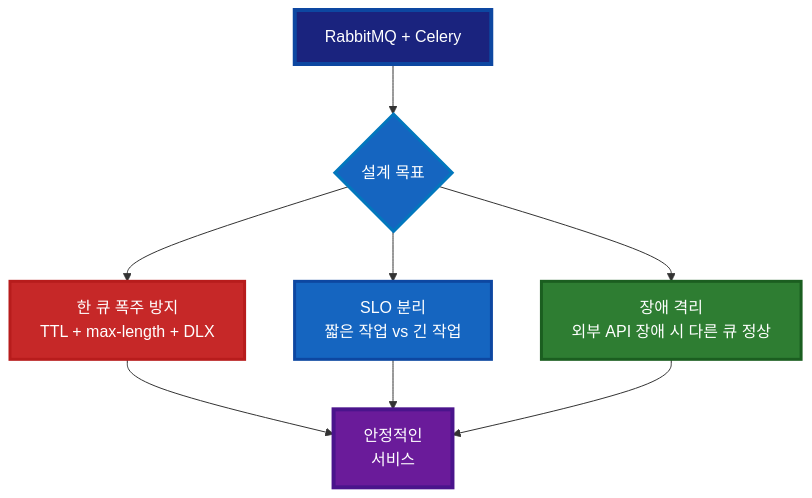
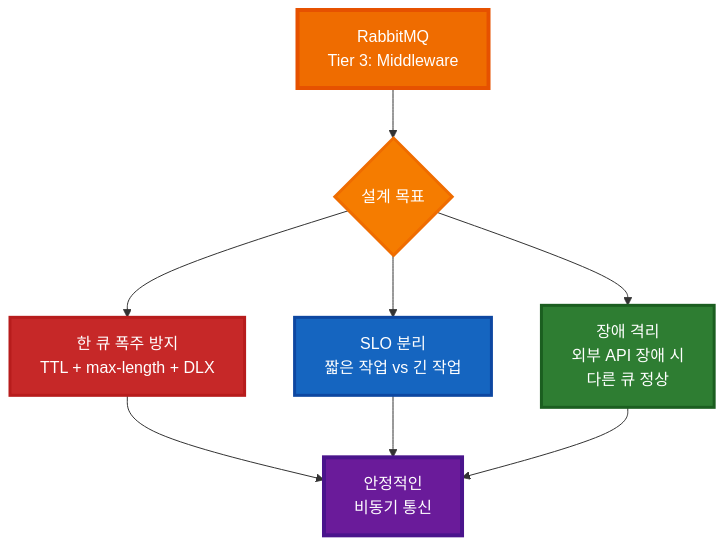
One commit to SeSACTHON/backend changed the second of 4 diagrams in docs/architecture/task-queue-design.md. Above: the diagram before and after it, drawn with Mermaid. The commit also changed other lines of this file and 1 other file, not shown here.

First line of the commit message:
docs: Rewrite all docs with correct 4-Tier Layered Architecture

````diff
--- a/docs/architecture/task-queue-design.md
+++ b/docs/architecture/task-queue-design.md
@@ -22,23 +84,19 @@
 ```mermaid
 graph TB
-    A["RabbitMQ + Celery"] --> B{"설계 목표"}
+    A["RabbitMQ<br/>Tier 3: Middleware"] --> B{"설계 목표"}
     
-    B --> C1["한 큐 폭주 방지
-TTL + max-length + DLX"]
-    B --> C2["SLO 분리
-짧은 작업 vs 긴 작업"]
-    B --> C3["장애 격리
-외부 API 장애 시 다른 큐 정상"]
+    B --> C1["한 큐 폭주 방지<br/>TTL + max-length + DLX"]
+    B --> C2["SLO 분리<br/>짧은 작업 vs 긴 작업"]
+    B --> C3["장애 격리<br/>외부 API 장애 시<br/>다른 큐 정상"]
     
-    C1 --> D["안정적인
-서비스"]
+    C1 --> D["안정적인<br/>비동기 통신"]
     C2 --> D
     C3 --> D
     
-    style A fill:#1a237e,color:#fff,stroke:#0d47a1,stroke-width:4px
-    style B fill:#1565c0,color:#fff,stroke:#0277bd,stroke-width:3px
+    style A fill:#ef6c00,color:#fff,stroke:#e65100,stroke-width:4px
+    style B fill:#f57c00,color:#fff,stroke:#ef6c00,stroke-width:3px
     style C1 fill:#c62828,color:#fff,stroke:#b71c1c,stroke-width:3px
     style C2 fill:#1565c0,color:#fff,stroke:#0d47a1,stroke-width:3px
     style C3 fill:#2e7d32,color:#fff,stroke:#1b5e20,stroke-width:3px
     style D fill:#6a1b9a,color:#fff,stroke:#4a148c,stroke-width:4px
 ```
````
